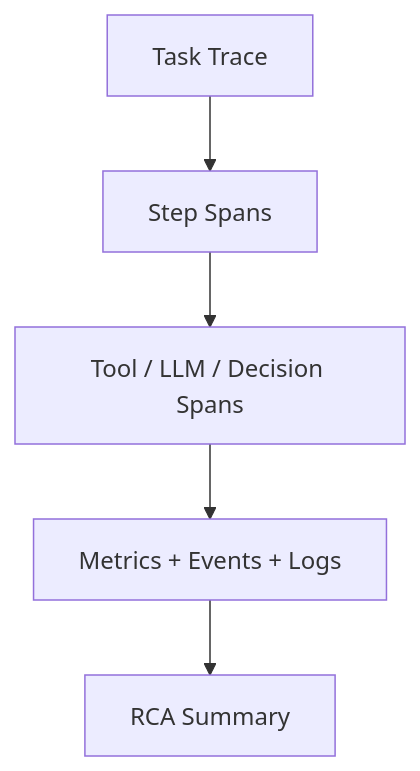
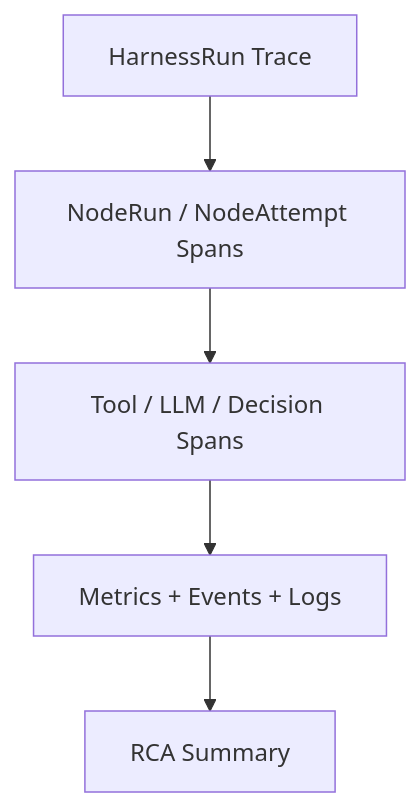
The diagram in docs_en/contracts/trace_and_root_cause_observability_contract.md (HoldenShen-hz/automatic-agent-platform), drawn with Mermaid before and after one commit. The commit also changed other lines of this file and 495 other files, not shown here.

````diff
--- a/docs_en/contracts/trace_and_root_cause_observability_contract.md
+++ b/docs_en/contracts/trace_and_root_cause_observability_contract.md
@@ -122,7 +126,7 @@
 ```mermaid
 flowchart TD
-    A["Task Trace"] --> B["Step Spans"]
+    A["HarnessRun Trace"] --> B["NodeRun / NodeAttempt Spans"]
     B --> C["Tool / LLM / Decision Spans"]
     C --> D["Metrics + Events + Logs"]
     D --> E["RCA Summary"]
 ```
````
